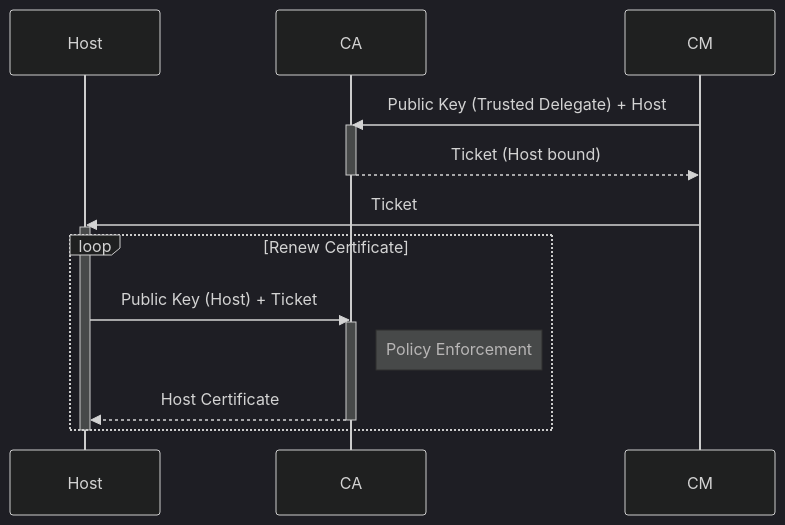
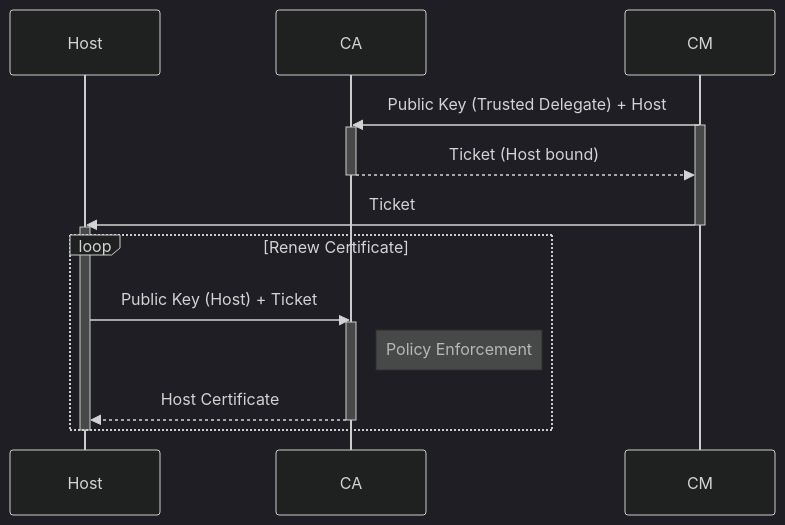
One commit to pgstenberg/pac-ssh-ca changed the first of 2 diagrams in README.md. Above: the diagram before and after it, drawn with Mermaid (dark theme). The commit also changed other lines of this file, not shown here.

````diff
--- a/README.md
+++ b/README.md
@@ -5,21 +5,23 @@
 ```mermaid
 sequenceDiagram
     participant Host
     participant CA
     participant CM
 
     CM->>CA: Public Key (Trusted Delegate) + Host
+    activate CM
     activate CA
     CA-->>CM: Ticket (Host bound)
     deactivate CA
     CM->>Host: Ticket
+    deactivate CM
     activate Host
     loop Renew Certificate
         Host->>CA: Public Key (Host) + Ticket
         activate CA
         Note right of CA: Policy Enforcement
         CA-->>Host: Host Certificate
         deactivate CA
     end
     deactivate Host
 ```
````
